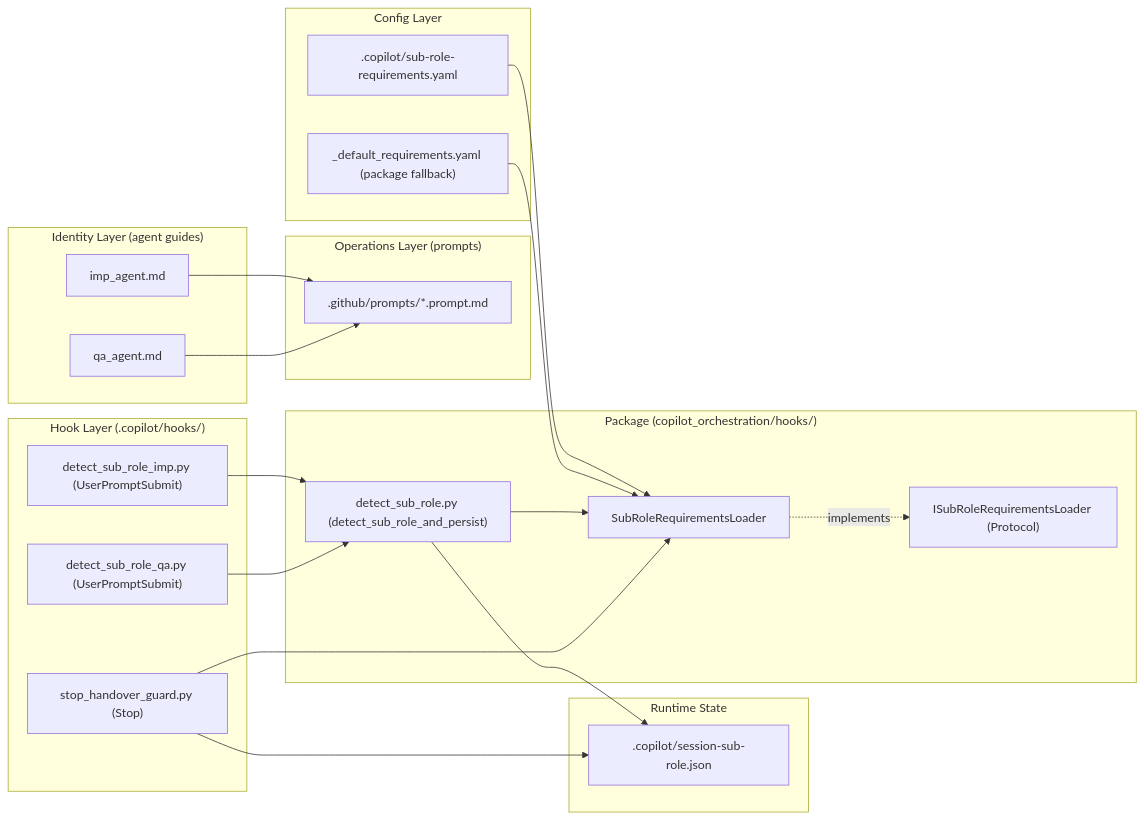
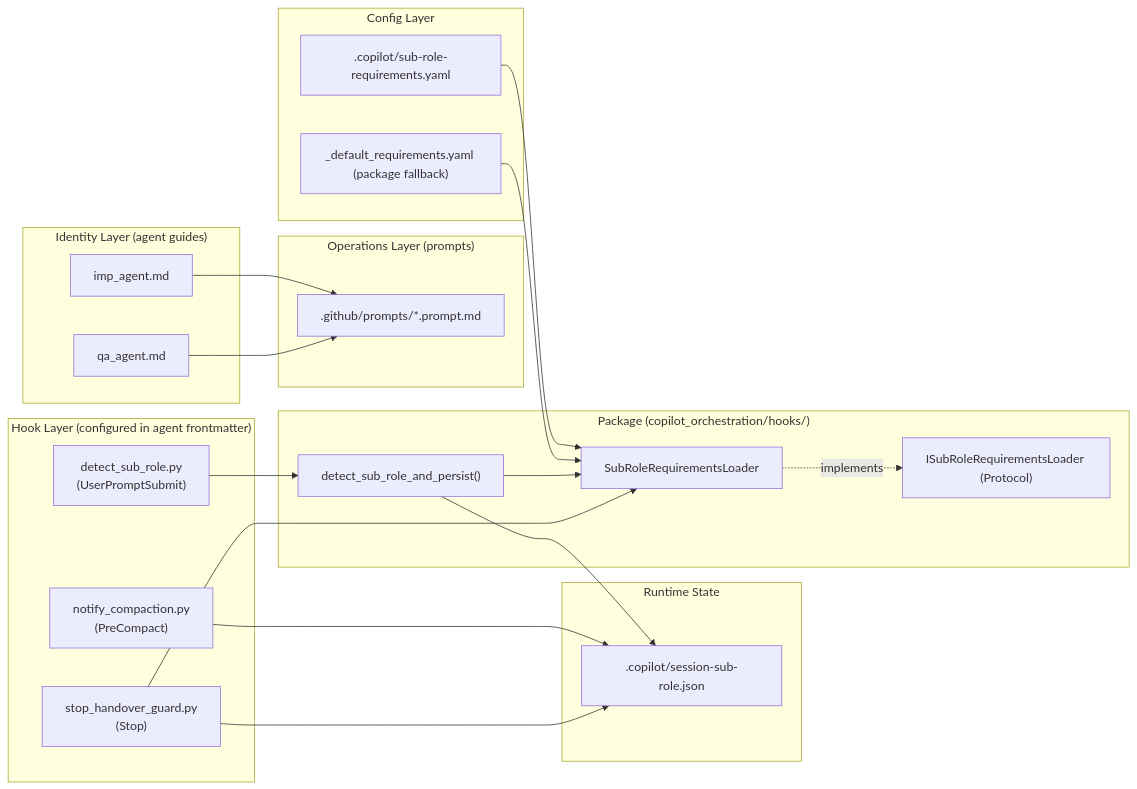
Before and after one commit to MikeyVK/S1mpleTraderV3: the first of 3 diagrams in docs/development/issue263/design_v2_sub_role_orchestration.md, drawn with Mermaid. The commit also changed other lines of this file, not shown here.

Commit message:
docs(P_DESIGN): update to v2.5: PreCompact hook in component + sequence diagrams, single UPS node in component diagram, §13 restructured to Component Inventory

````diff
--- a/docs/development/issue263/design_v2_sub_role_orchestration.md
+++ b/docs/development/issue263/design_v2_sub_role_orchestration.md
@@ -94,44 +94,44 @@
 ```mermaid
 graph LR
     subgraph Identity["Identity Layer (agent guides)"]
         IA[imp_agent.md]
         QA[qa_agent.md]
     end
 
     subgraph Operations["Operations Layer (prompts)"]
         PR[".github/prompts/*.prompt.md"]
     end
 
     subgraph Config["Config Layer"]
         REQ[".copilot/sub-role-requirements.yaml"]
         PKG["_default_requirements.yaml (package fallback)"]
     end
 
-    subgraph Hooks["Hook Layer (.copilot/hooks/)"]
-        UPS_IMP["detect_sub_role_imp.py (UserPromptSubmit)"]
-        UPS_QA["detect_sub_role_qa.py (UserPromptSubmit)"]
-        STOP["stop_handover_guard.py (Stop)"]
+    subgraph Hooks["Hook Layer (configured in agent frontmatter)"]
+        UPS["detect_sub_role.py<br/>(UserPromptSubmit)"]
+        COMPACT["notify_compaction.py<br/>(PreCompact)"]
+        STOP["stop_handover_guard.py<br/>(Stop)"]
     end
 
     subgraph State["Runtime State"]
         SF[".copilot/session-sub-role.json"]
     end
 
     subgraph Pkg["Package (copilot_orchestration/hooks/)"]
         LDR["SubRoleRequirementsLoader"]
         IFACE["ISubRoleRequirementsLoader (Protocol)"]
-        DS["detect_sub_role.py (detect_sub_role_and_persist)"]
+        PERSIST["detect_sub_role_and_persist()"]
     end
 
     IA --> PR
     QA --> PR
     REQ --> LDR
     PKG --> LDR
     LDR -.implements.-> IFACE
-    UPS_IMP --> DS
-    UPS_QA --> DS
-    DS --> LDR
-    DS --> SF
+    UPS --> PERSIST
+    PERSIST --> LDR
+    PERSIST --> SF
+    COMPACT --> SF
     STOP --> LDR
     STOP --> SF
 ```
````
